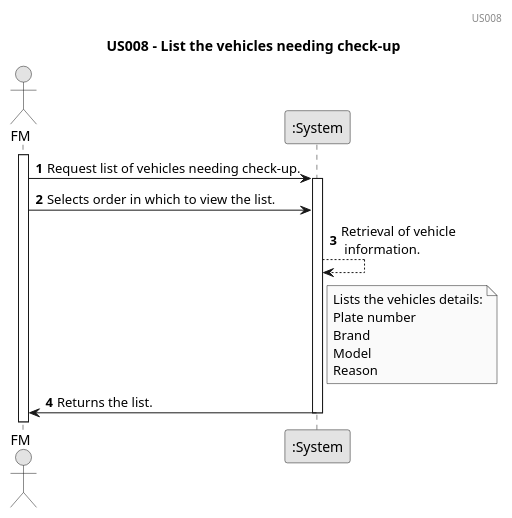
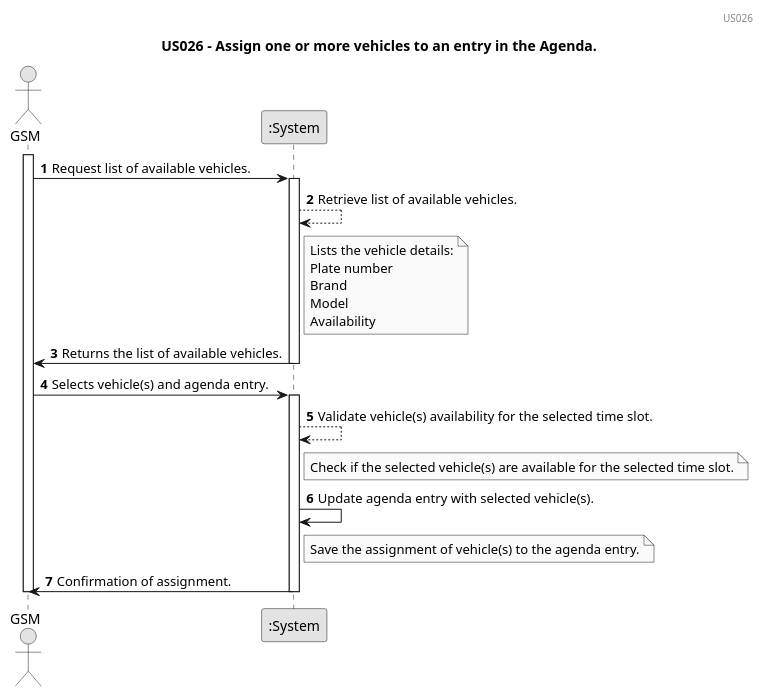
The diagram in docs/sprintC/us026/01.requirements-engineering/puml/us026-sequence_diagram.puml (rpedros02/lei-24-s2-1DL-g08), drawn with PlantUML before and after one commit. The commit also changed 3 other files, not shown here.

```diff
--- a/docs/sprintC/us026/01.requirements-engineering/puml/us026-sequence_diagram.puml
+++ b/docs/sprintC/us026/01.requirements-engineering/puml/us026-sequence_diagram.puml
@@ -1,23 +1,32 @@
 @startuml
 skinparam monochrome true
 skinparam packageStyle rectangle
 skinparam shadowing false
 
-title US008 - List the vehicles needing check-up
-header US008
+title US026 - Assign one or more vehicles to an entry in the Agenda.
+header US026
 autonumber
-
-actor "FM" as fm
+actor "GSM" as gsm
 participant ":System" as System
 
-activate fm
+activate gsm
 
-    fm -> System : Request list of vehicles needing check-up.
+    gsm -> System : Request list of available vehicles.
     activate System
-        fm -> System : Selects order in which to view the list.
-        System --> System : Retrieval of vehicle\n information.
-        note right System : Lists the vehicles details:\nPlate number\nBrand\nModel\nReason
-        System -> fm : Returns the list.
+        System --> System : Retrieve list of available vehicles.
+        note right of System : Lists the vehicle details:\nPlate number\nBrand\nModel\nAvailability
+        System -> gsm : Returns the list of available vehicles.
     deactivate System
 
+    gsm -> System : Selects vehicle(s) and agenda entry.
+    activate System
+        System --> System : Validate vehicle(s) availability for the selected time slot.
+        note right of System : Check if the selected vehicle(s) are available for the selected time slot.
+        System -> System : Update agenda entry with selected vehicle(s).
+        note right of System : Save the assignment of vehicle(s) to the agenda entry.
+        System -> gsm : Confirmation of assignment.
+    deactivate System
+
+deactivate gsm
+
 @enduml
```
